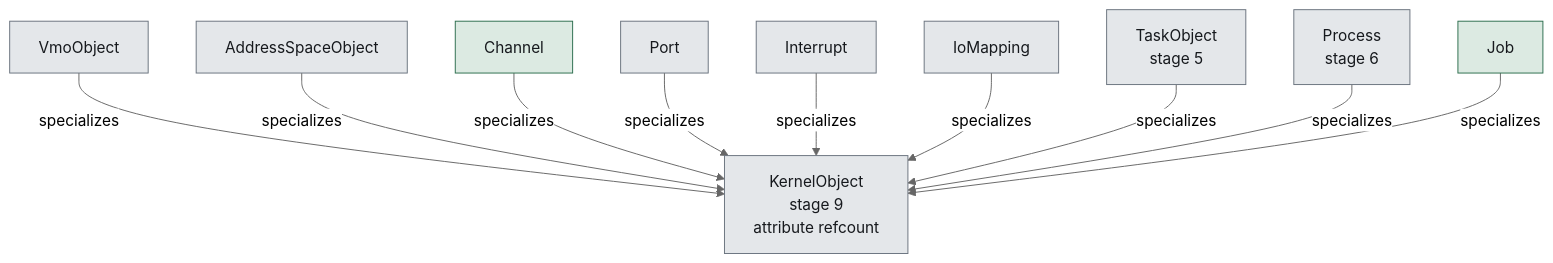
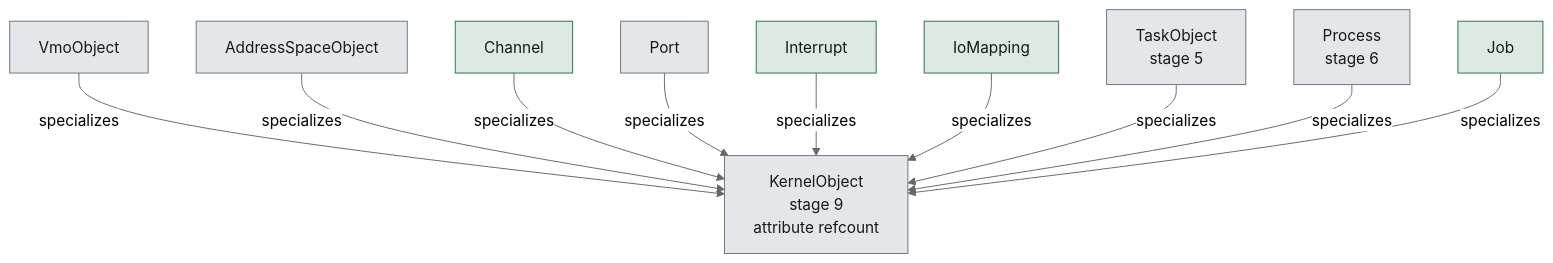
Before and after one commit to SetZero/ferrix: diagram 12 of 19 in docs/generated/ARCHITECTURE.md, drawn with Mermaid (neutral theme). The commit also changed other lines of this file and 24 other files, not shown here.

````diff
--- a/docs/generated/ARCHITECTURE.md
+++ b/docs/generated/ARCHITECTURE.md
@@ -1700,26 +1700,26 @@
 ```mermaid
 flowchart TB
   n0_FerrixObjects_KernelObject["KernelObject<br>stage 9<br>attribute refcount"]
   n1_FerrixObjects_VmoObject["VmoObject"]
   n2_FerrixObjects_AddressSpaceObject["AddressSpaceObject"]
   n3_FerrixObjects_Channel["Channel"]
   n4_FerrixObjects_Port["Port"]
   n5_FerrixObjects_Interrupt["Interrupt"]
   n6_FerrixObjects_IoMapping["IoMapping"]
   n7_FerrixObjects_TaskObject["TaskObject<br>stage 5"]
   n8_FerrixObjects_Process["Process<br>stage 6"]
   n9_FerrixObjects_Job["Job"]
   n1_FerrixObjects_VmoObject -- "specializes" --> n0_FerrixObjects_KernelObject
   n2_FerrixObjects_AddressSpaceObject -- "specializes" --> n0_FerrixObjects_KernelObject
   n3_FerrixObjects_Channel -- "specializes" --> n0_FerrixObjects_KernelObject
   n4_FerrixObjects_Port -- "specializes" --> n0_FerrixObjects_KernelObject
   n5_FerrixObjects_Interrupt -- "specializes" --> n0_FerrixObjects_KernelObject
   n6_FerrixObjects_IoMapping -- "specializes" --> n0_FerrixObjects_KernelObject
   n7_FerrixObjects_TaskObject -- "specializes" --> n0_FerrixObjects_KernelObject
   n8_FerrixObjects_Process -- "specializes" --> n0_FerrixObjects_KernelObject
   n9_FerrixObjects_Job -- "specializes" --> n0_FerrixObjects_KernelObject
   classDef planned fill:#e4e7ea,stroke:#6a737e,color:#16191d
   classDef implemented fill:#dceae2,stroke:#2c6e4e,color:#16191d
-  class n0_FerrixObjects_KernelObject,n1_FerrixObjects_VmoObject,n2_FerrixObjects_AddressSpaceObject,n4_FerrixObjects_Port,n5_FerrixObjects_Interrupt,n6_FerrixObjects_IoMapping,n7_FerrixObjects_TaskObject,n8_FerrixObjects_Process planned
-  class n3_FerrixObjects_Channel,n9_FerrixObjects_Job implemented
+  class n0_FerrixObjects_KernelObject,n1_FerrixObjects_VmoObject,n2_FerrixObjects_AddressSpaceObject,n4_FerrixObjects_Port,n7_FerrixObjects_TaskObject,n8_FerrixObjects_Process planned
+  class n3_FerrixObjects_Channel,n5_FerrixObjects_Interrupt,n6_FerrixObjects_IoMapping,n9_FerrixObjects_Job implemented
 ```
````
